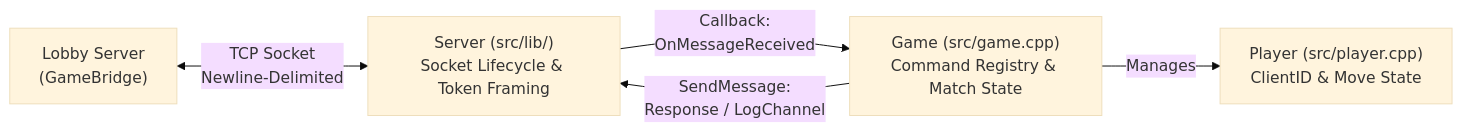
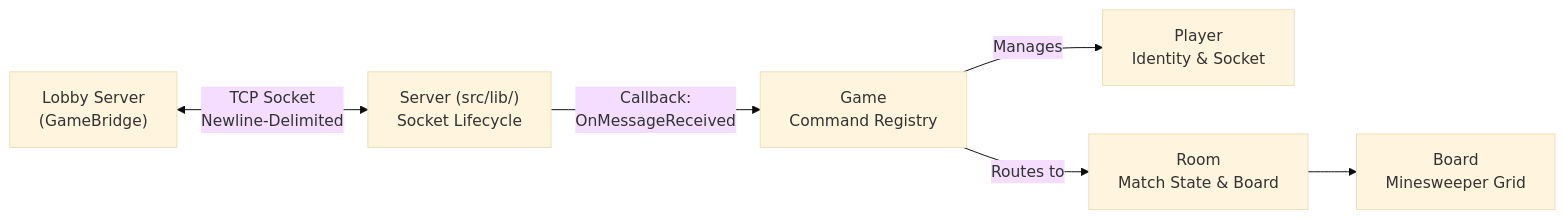
One commit to Andre-Messias/SelectJogos changed the diagram in games/minesweeper/docs/ARCHITECTURE.md. Above: the diagram before and after it, drawn with Mermaid (base theme). The commit also changed other lines of this file and 7 other files, not shown here.

````diff
--- a/games/minesweeper/docs/ARCHITECTURE.md
+++ b/games/minesweeper/docs/ARCHITECTURE.md
@@ -12,7 +9,8 @@
 ```mermaid
 graph LR
-    LOBBY["Lobby Server<br/>(GameBridge)"] <-->|TCP Socket\nNewline-Delimited| NET["Server (src/lib/)<br/>Socket Lifecycle & Token Framing"]
-    NET -->|Callback:\nOnMessageReceived| GAME["Game (src/game.cpp)<br/>Command Registry & Match State"]
-    GAME -->|Manages| PLAYER["Player (src/player.cpp)<br/>ClientID & Move State"]
-    GAME -->|SendMessage:\nResponse / LogChannel| NET
+    LOBBY["Lobby Server<br/>(GameBridge)"] <-->|TCP Socket\nNewline-Delimited| NET["Server (src/lib/)<br/>Socket Lifecycle"]
+    NET -->|Callback:\nOnMessageReceived| GAME["Game<br/>Command Registry"]
+    GAME -->|Manages| PLAYER["Player<br/>Identity & Socket"]
+    GAME -->|Routes to| ROOM["Room<br/>Match State & Board"]
+    ROOM --> BOARD["Board<br/>Minesweeper Grid"]
 ```
````
